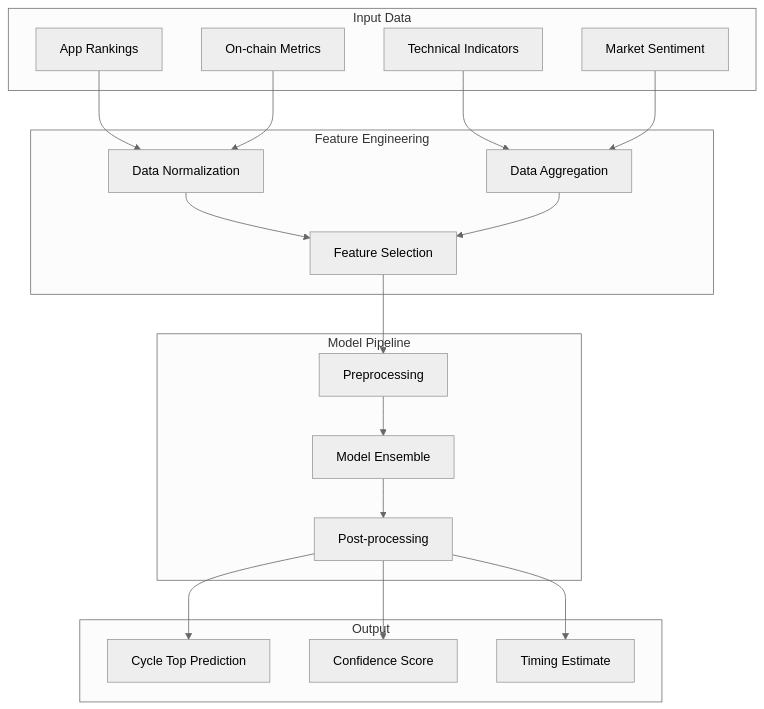
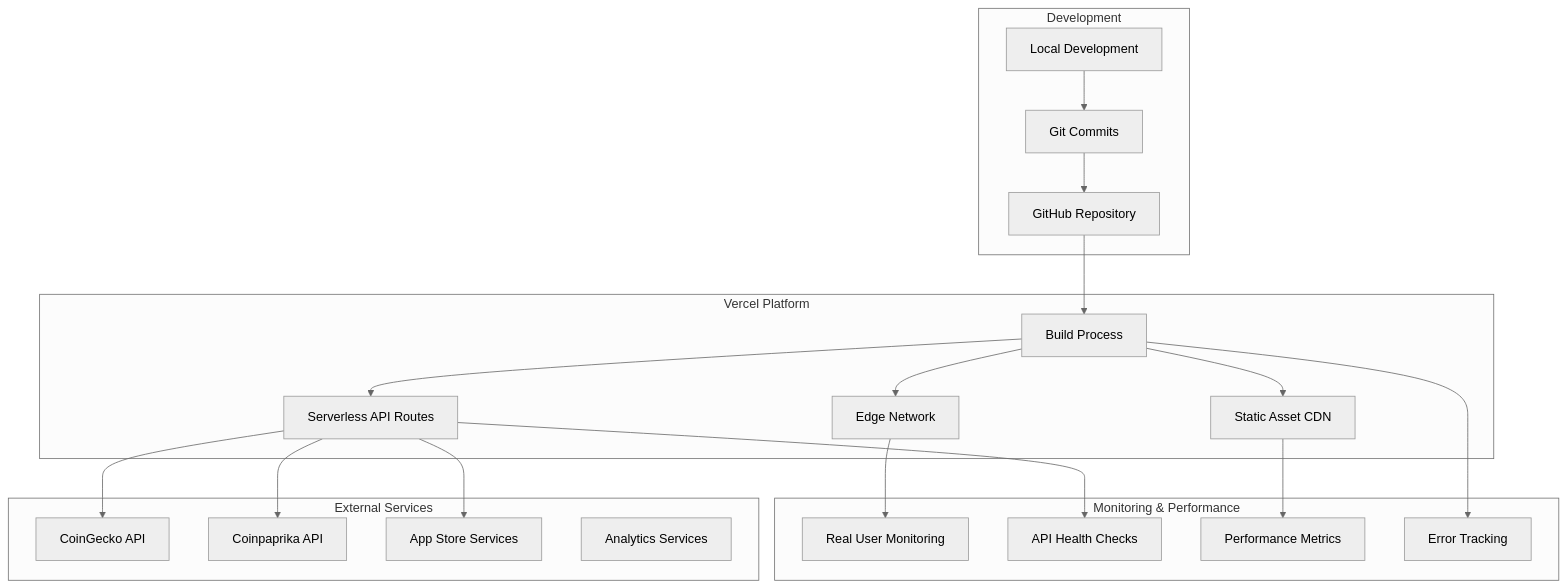
The tenth of 14 diagrams in ARCHITECTURE.md (oxnr/picotop), drawn with Mermaid (neutral theme) before and after one commit. The commit also changed other lines of this file and 12 other files, not shown here.

````diff
--- a/ARCHITECTURE.md
+++ b/ARCHITECTURE.md
@@ -354,43 +375,46 @@
 ```mermaid
 graph TB
-    subgraph "Input Data"
-        AppRankings[App Rankings]
-        OnChainMetrics[On-chain Metrics]
-        TechnicalIndicators[Technical Indicators]
-        MarketSentiment[Market Sentiment]
+    subgraph "Development"
+        LocalDev[Local Development]
+        GitCommit[Git Commits]
+        GitHubRepo[GitHub Repository]
     end
     
-    subgraph "Feature Engineering"
-        Normalization[Data Normalization]
-        Aggregation[Data Aggregation]
-        FeatureSelection[Feature Selection]
+    subgraph "Vercel Platform"
+        BuildProcess[Build Process]
+        EdgeNetwork[Edge Network]
+        ServerlessAPI[Serverless API Routes]
+        StaticAssets[Static Asset CDN]
     end
     
-    subgraph "Model Pipeline"
-        Preprocessing[Preprocessing]
-        ModelEnsemble[Model Ensemble]
-        PostProcessing[Post-processing]
+    subgraph "External Services"
+        CoinGeckoAPI[CoinGecko API]
+        CoinpaprikaAPI[Coinpaprika API]
+        AppStoreServices[App Store Services]
+        AnalyticsServices[Analytics Services]
     end
     
-    subgraph "Output"
-        Prediction[Cycle Top Prediction]
-        Confidence[Confidence Score]
-        Timing[Timing Estimate]
+    subgraph "Monitoring & Performance"
+        RealUserMonitoring[Real User Monitoring]
+        APIHealthChecks[API Health Checks]
+        PerformanceMetrics[Performance Metrics]
+        ErrorTracking[Error Tracking]
     end
     
-    AppRankings --> Normalization
-    OnChainMetrics --> Normalization
-    TechnicalIndicators --> Aggregation
-    MarketSentiment --> Aggregation
+    LocalDev --> GitCommit
+    GitCommit --> GitHubRepo
+    GitHubRepo --> BuildProcess
     
-    Normalization --> FeatureSelection
-    Aggregation --> FeatureSelection
+    BuildProcess --> EdgeNetwork
+    BuildProcess --> ServerlessAPI
+    BuildProcess --> StaticAssets
     
-    FeatureSelection --> Preprocessing
-    Preprocessing --> ModelEnsemble
-    ModelEnsemble --> PostProcessing
+    ServerlessAPI --> CoinGeckoAPI
+    ServerlessAPI --> CoinpaprikaAPI
+    ServerlessAPI --> AppStoreServices
     
-    PostProcessing --> Prediction
-    PostProcessing --> Confidence
-    PostProcessing --> Timing
+    EdgeNetwork --> RealUserMonitoring
+    ServerlessAPI --> APIHealthChecks
+    StaticAssets --> PerformanceMetrics
+    BuildProcess --> ErrorTracking
 ```
````
